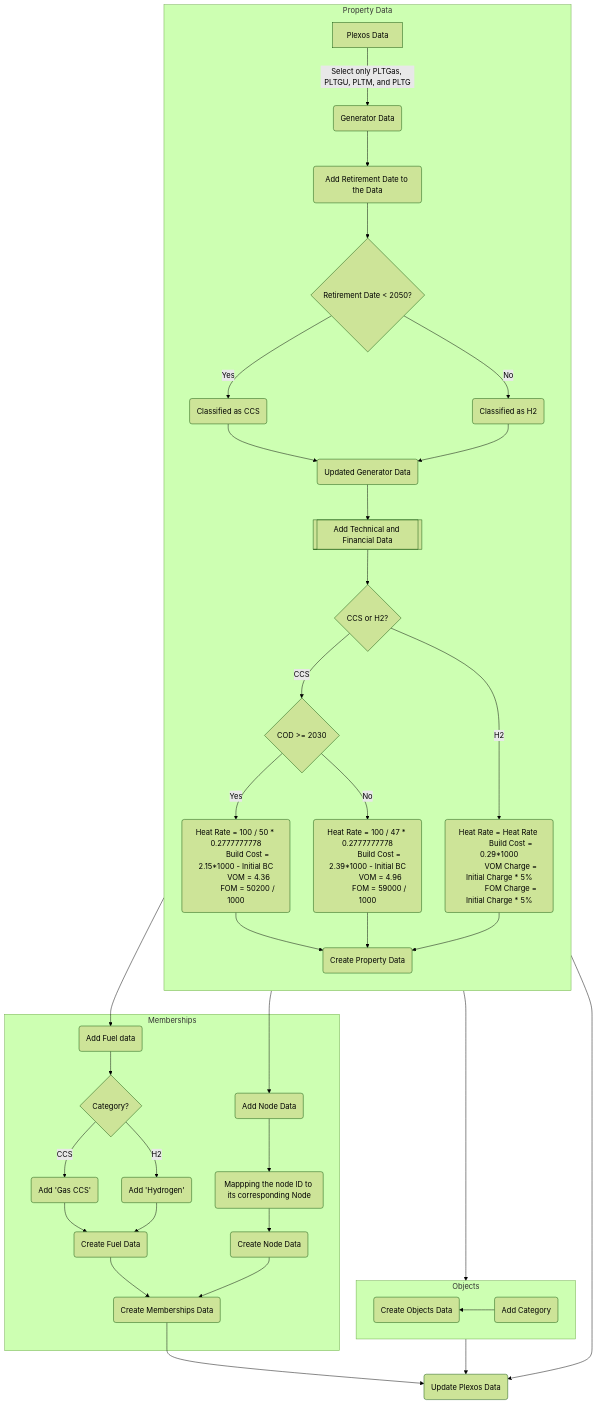
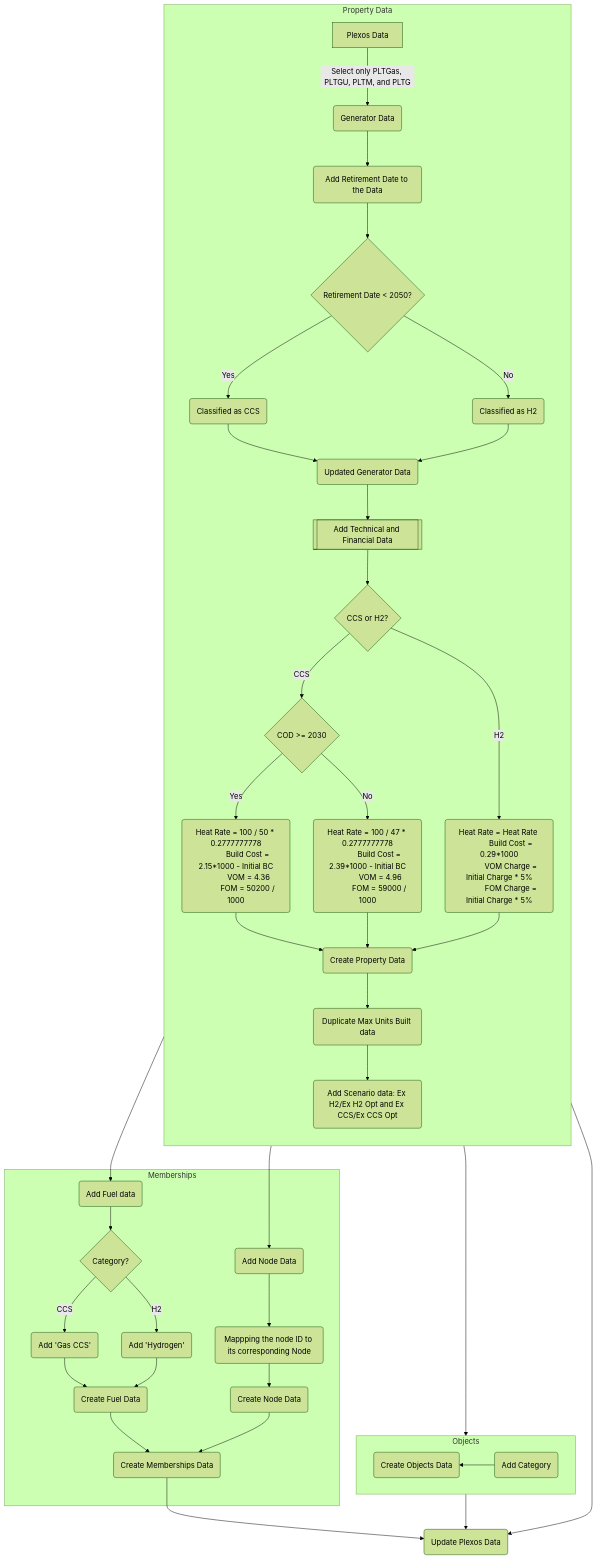
One commit to thiofahr/RUPTL-Data changed the diagram in PowerPlant/Add CCS and H2 Power Plants/Documentation.md. Above: the diagram before and after it, drawn with Mermaid (forest theme).

````diff
--- a/PowerPlant/Add CCS and H2 Power Plants/Documentation.md
+++ b/PowerPlant/Add CCS and H2 Power Plants/Documentation.md
@@ -1,56 +1,58 @@
 ```mermaid 
 flowchart TD
     subgraph "Property Data"
         direction TB 
         A[Plexos Data] -->|Select only PLTGas, PLTGU, PLTM, and PLTG| B(Generator Data)
         B --> C(Add Retirement Date to the Data)
         C --> D{Retirement Date < 2050?}
         D --> |Yes| E(Classified as CCS)
         D --> |No| F(Classified as H2)
         E --> G(Updated Generator Data)
         F --> G
         G --> H[[Add Technical and Financial Data]]
         H --> S1
                 S1{CCS or H2?} --> |CCS| S2{COD >= 2030}
         S2 --> |Yes| S3
         S2 --> |No| S4
         S3( Heat Rate = 100 / 50 * 0.2777777778
             Build Cost = 2.15*1000 - Initial BC
             VOM = 4.36
             FOM = 50200 / 1000)
         S4( Heat Rate = 100 / 47 * 0.2777777778
             Build Cost = 2.39*1000 - Initial BC
             VOM = 4.96
             FOM = 59000 / 1000)
         S1 --> |H2| S5
         S5( Heat Rate = Heat Rate 
             Build Cost = 0.29*1000
             VOM Charge = Initial Charge * 5%
             FOM Charge = Initial Charge * 5%
         )
         S3 --> S6(Create Property Data)
         S4 --> S6
-        S5 --> S6 
+        S5 --> S6
+        S6 --> S7(Duplicate Max Units Built data)
+        S7 --> S8(Add Scenario data: Ex H2/Ex H2 Opt and Ex CCS/Ex CCS Opt)
     end    
     subgraph Objects 
         direction RL  
         G --> O1(Add Category)
         O1 --> O2(Create Objects Data)
     end 
     subgraph Memberships
         G --> M1(Add Fuel data)
         M1 --> M2{Category?}
         M2 --> |CCS| M3(Add 'Gas CCS')
         M2 --> |H2| M4(Add 'Hydrogen')
         M3 --> M5(Create Fuel Data)
         M4 --> M5 
         G --> M6(Add Node Data)
         M6 --> M7(Mappping the node ID to its corresponding Node)
         M7 --> M8(Create Node Data)
         M5 --> M9(Create Memberships Data)
         M8 --> M9
     end 
-    S6 --> S(Update Plexos Data)
+    S8 --> S(Update Plexos Data)
     O2 --> S
     M9 --> S
 ```
````
